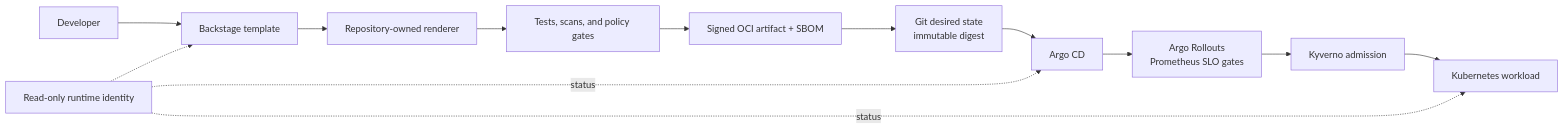
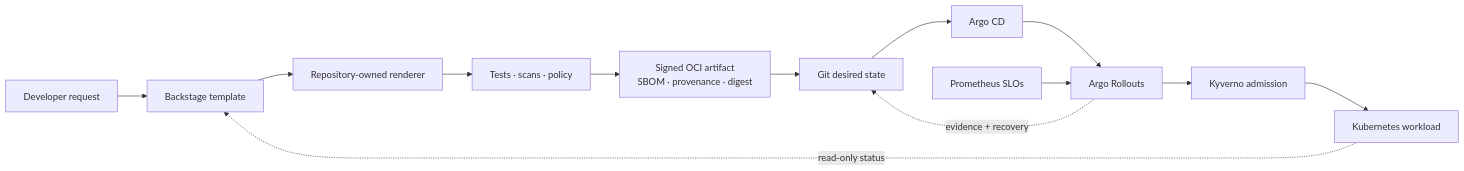
The diagram in README.md (SecureCloudOps/ForgePath), drawn with Mermaid before and after one commit. The commit also changed other lines of this file and 26 other files, not shown here.

````diff
--- a/README.md
+++ b/README.md
@@ -32,15 +41,15 @@
 ```mermaid
 flowchart LR
-  developer["Developer"] --> backstage["Backstage template"]
+  request["Developer request"] --> backstage["Backstage template"]
   backstage --> renderer["Repository-owned renderer"]
-  renderer --> validation["Tests, scans, and policy gates"]
-  validation --> artifact["Signed OCI artifact + SBOM"]
-  artifact --> git["Git desired state<br/>immutable digest"]
+  renderer --> gates["Tests · scans · policy"]
+  gates --> artifact["Signed OCI artifact<br/>SBOM · provenance · digest"]
+  artifact --> git["Git desired state"]
   git --> argocd["Argo CD"]
-  argocd --> rollouts["Argo Rollouts<br/>Prometheus SLO gates"]
-  rollouts --> kyverno["Kyverno admission"]
-  kyverno --> workload["Kubernetes workload"]
-  reader["Read-only runtime identity"] -. status .-> workload
-  reader -. status .-> argocd
-  reader -.-> backstage
+  argocd --> rollout["Argo Rollouts"]
+  prometheus["Prometheus SLOs"] --> rollout
+  rollout --> kyverno["Kyverno admission"]
+  kyverno --> service["Kubernetes workload"]
+  service -. "read-only status" .-> backstage
+  rollout -. "evidence + recovery" .-> git
 ```
````
